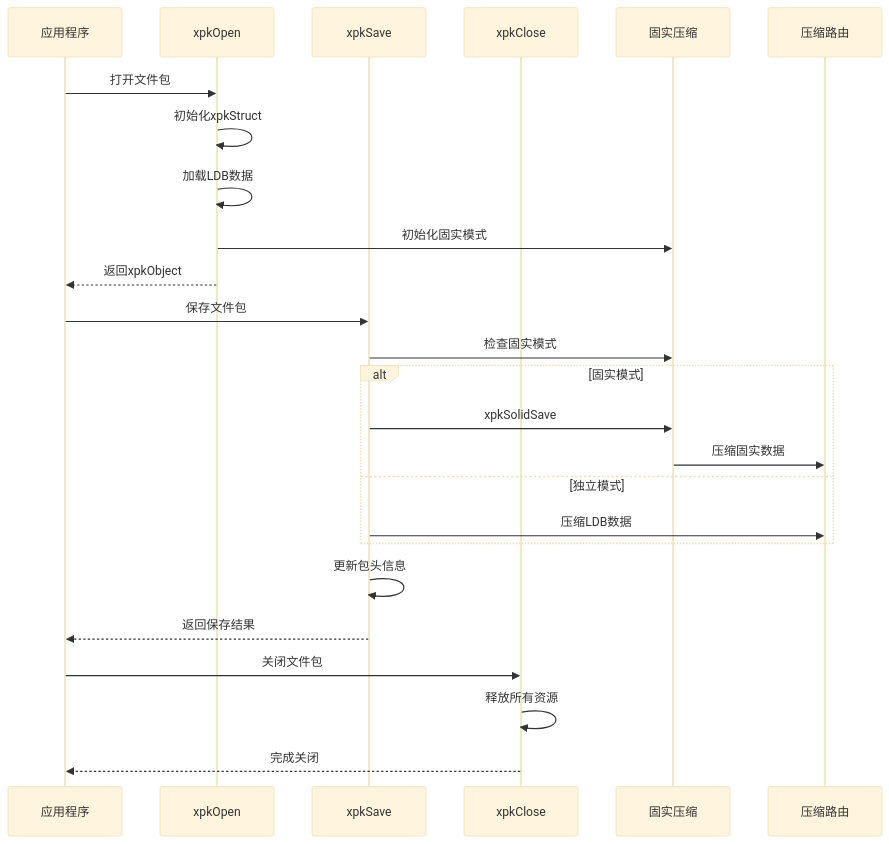
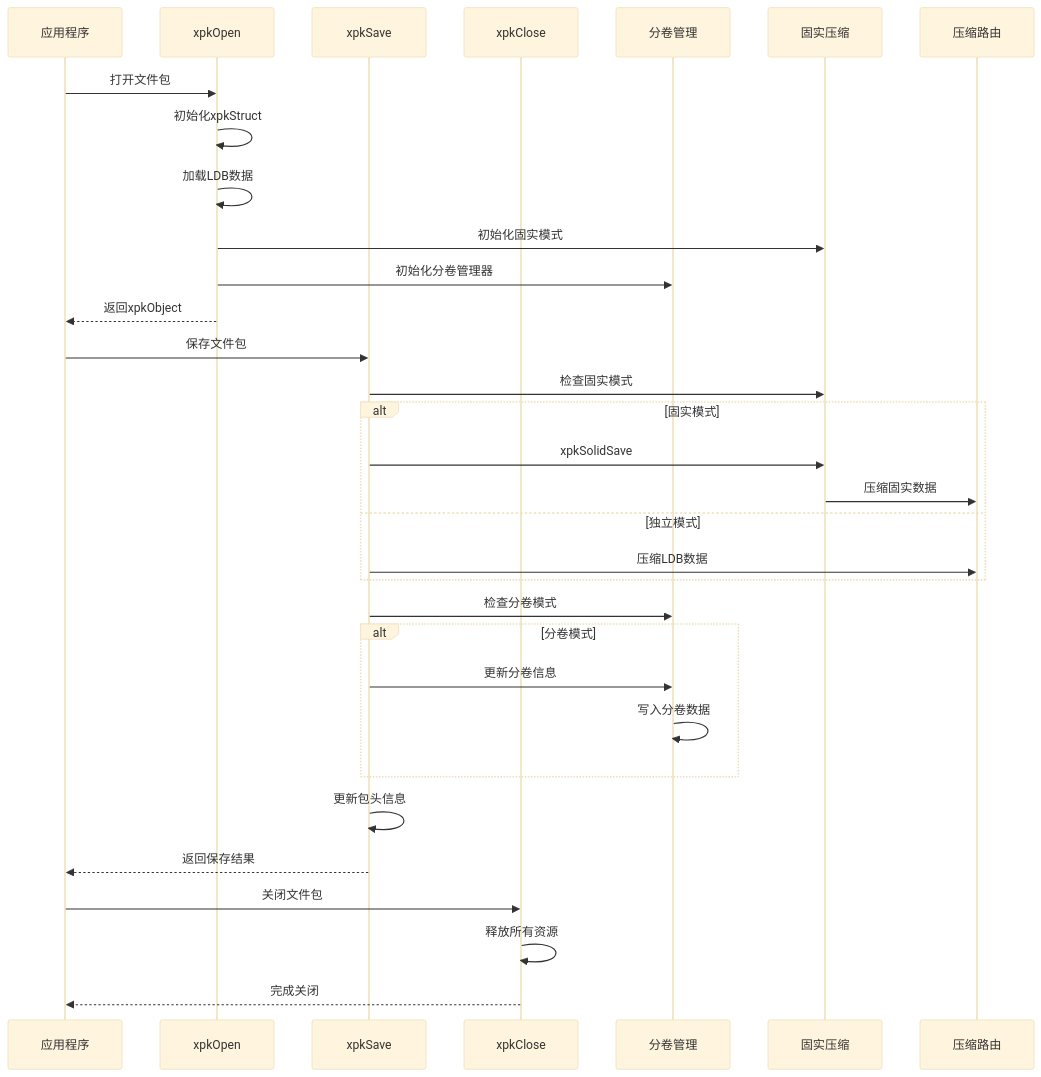
The sixth of 8 diagrams in .qoder/repowiki/zh/content/API参考手册/核心API函数.md (xywhsoft/xpack), drawn with Mermaid (base theme) before and after one commit. The commit also changed other lines of this file and 42 other files, not shown here.

````diff
--- a/.qoder/repowiki/zh/content/API参考手册/核心API函数.md
+++ b/.qoder/repowiki/zh/content/API参考手册/核心API函数.md
@@ -630,27 +1181,34 @@
 ```mermaid
 sequenceDiagram
 participant App as 应用程序
 participant Open as xpkOpen
 participant Save as xpkSave
 participant Close as xpkClose
+participant Volume as 分卷管理
 participant Solid as 固实压缩
 participant Router as 压缩路由
 App->>Open : 打开文件包
 Open->>Open : 初始化xpkStruct
 Open->>Open : 加载LDB数据
 Open->>Solid : 初始化固实模式
+Open->>Volume : 初始化分卷管理器
 Open-->>App : 返回xpkObject
 App->>Save : 保存文件包
 Save->>Solid : 检查固实模式
 alt 固实模式
 Save->>Solid : xpkSolidSave
 Solid->>Router : 压缩固实数据
 else 独立模式
 Save->>Router : 压缩LDB数据
 end
+Save->>Volume : 检查分卷模式
+alt 分卷模式
+Save->>Volume : 更新分卷信息
+Volume->>Volume : 写入分卷数据
+end
 Save->>Save : 更新包头信息
 Save-->>App : 返回保存结果
 App->>Close : 关闭文件包
 Close->>Close : 释放所有资源
 Close-->>App : 完成关闭
 ```
````
